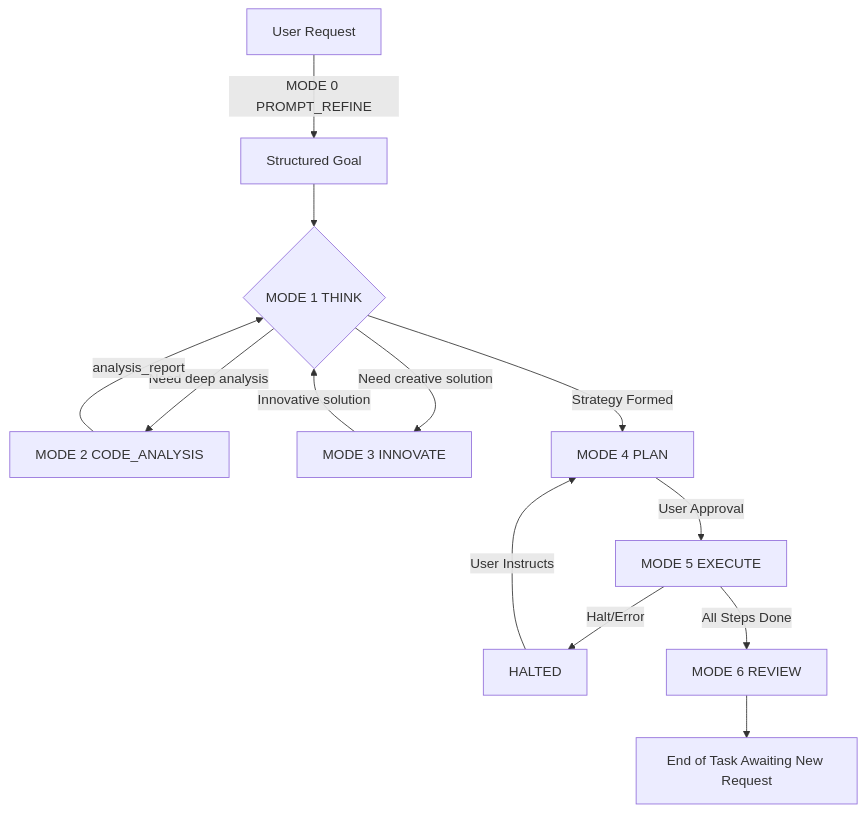
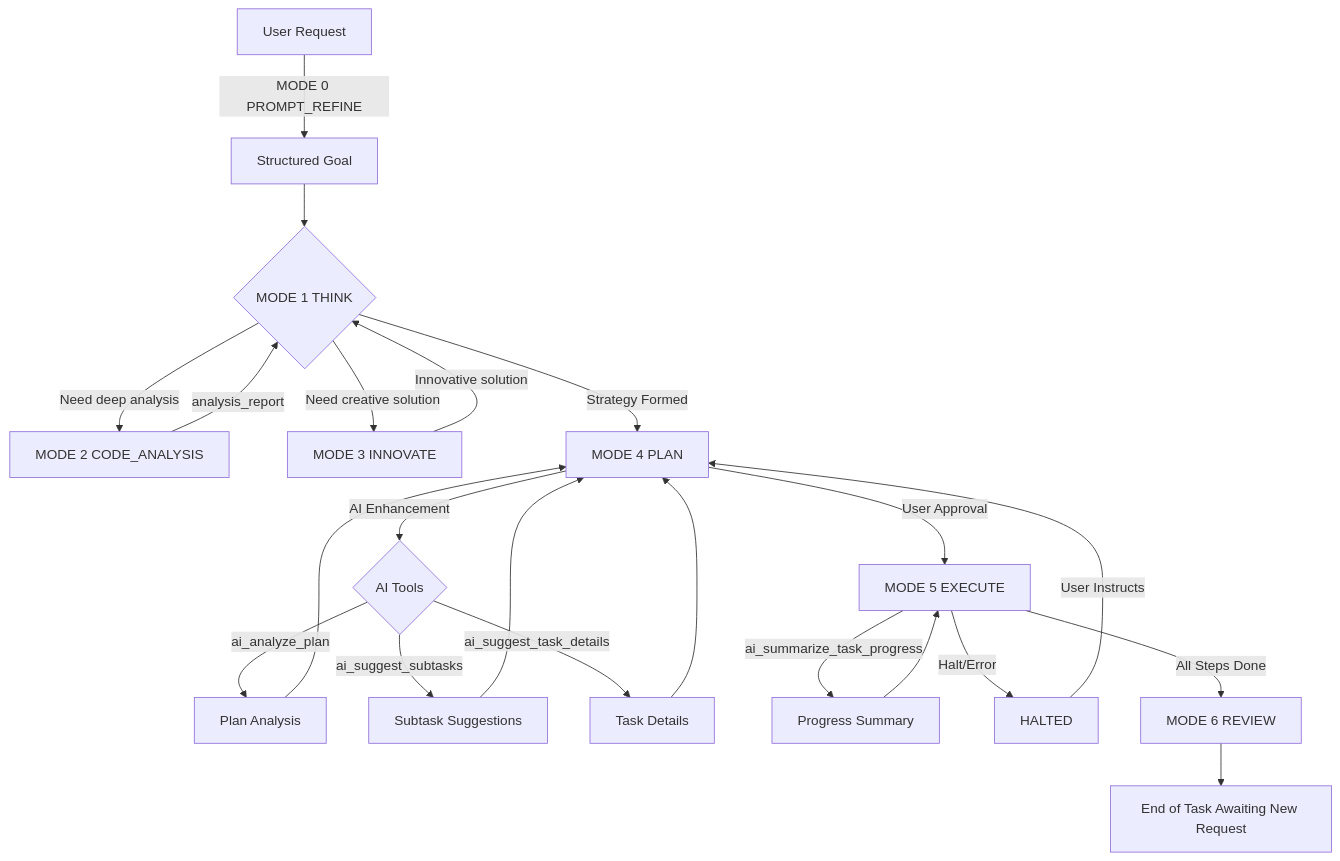
The diagram in workflow.md (rashee1997/orchestrator), drawn with Mermaid before and after one commit. The commit also changed other lines of this file and 6 other files, not shown here.

````diff
--- a/workflow.md
+++ b/workflow.md
@@ -491,15 +640,24 @@
 ```mermaid
 graph TD
     A[User Request] -->|MODE 0 PROMPT_REFINE| B[Structured Goal]
     B --> C{MODE 1 THINK}
     C -->|Need deep analysis| D[MODE 2 CODE_ANALYSIS]
     D -->|analysis_report| C
     C -->|Need creative solution| E[MODE 3 INNOVATE]
     E -->|Innovative solution| C
     C -->|Strategy Formed| F[MODE 4 PLAN]
+    F -->|AI Enhancement| AI{AI Tools}
+    AI -->|ai_analyze_plan| F1[Plan Analysis]
+    AI -->|ai_suggest_subtasks| F2[Subtask Suggestions]
+    AI -->|ai_suggest_task_details| F3[Task Details]
+    F1 --> F
+    F2 --> F
+    F3 --> F
     F -->|User Approval| G[MODE 5 EXECUTE]
+    G -->|ai_summarize_task_progress| G1[Progress Summary]
+    G1 --> G
     G --Halt/Error--> H[HALTED]
     H -->|User Instructs| F
     G --All Steps Done--> I[MODE 6 REVIEW]
     I --> J[End of Task Awaiting New Request]
 ```
````
